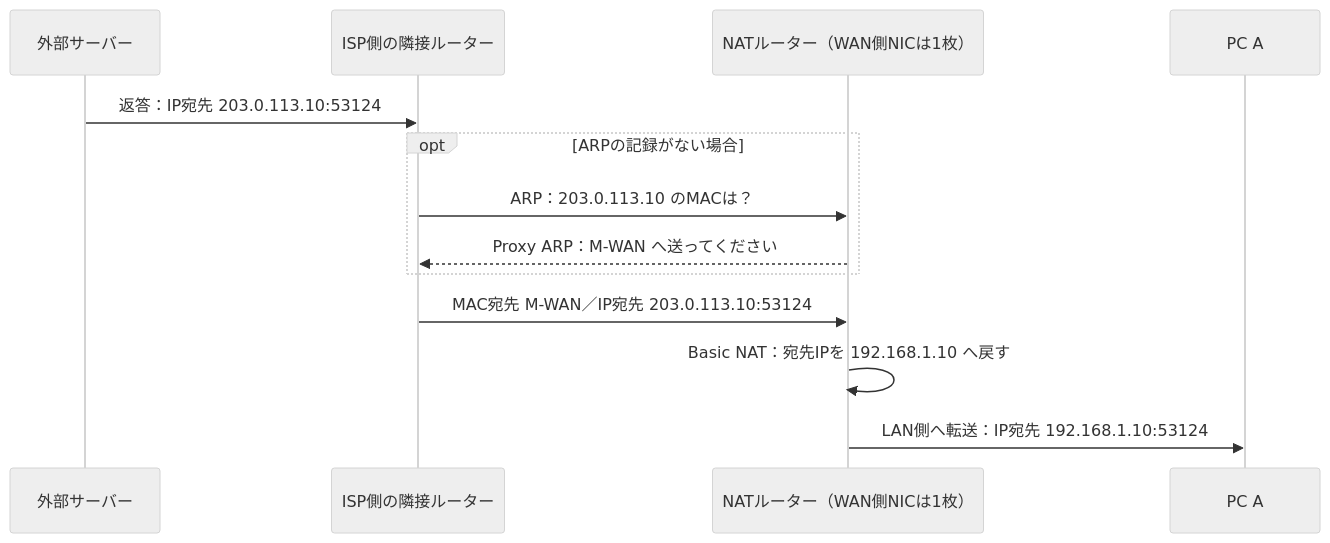
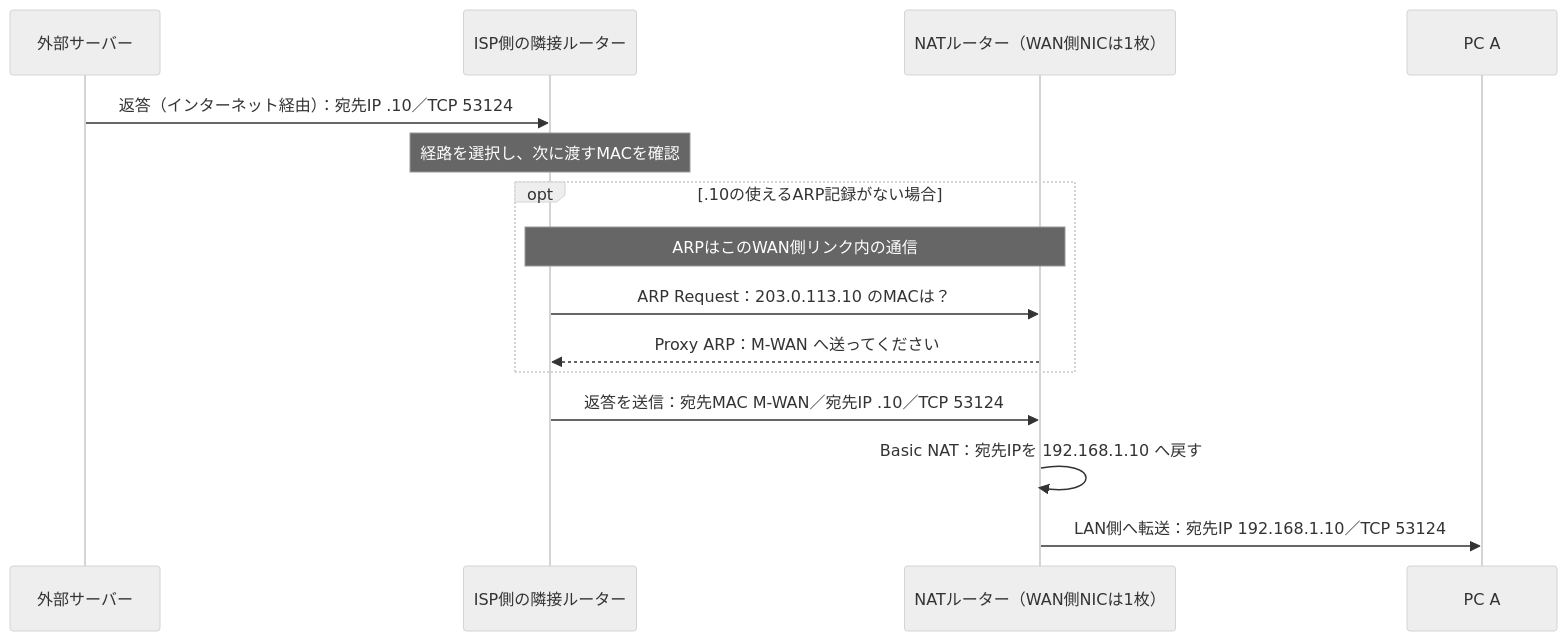
The third of 3 diagrams in engineering/question/basic_security_at_home_20261005_question15_16_nat_napt.md (mgmaru/reading-notes), drawn with Mermaid (neutral theme) before and after one commit. The commit also changed other lines of this file, not shown here.

````diff
--- a/engineering/question/basic_security_at_home_20261005_question15_16_nat_napt.md
+++ b/engineering/question/basic_security_at_home_20261005_question15_16_nat_napt.md
@@ -446,15 +446,17 @@
 ```mermaid
 sequenceDiagram
     participant S as 外部サーバー
     participant U as ISP側の隣接ルーター
     participant R as NATルーター（WAN側NICは1枚）
     participant A as PC A
-    S->>U: 返答：IP宛先 203.0.113.10:53124
-    opt ARPの記録がない場合
-        U->>R: ARP：203.0.113.10 のMACは？
+    S->>U: 返答（インターネット経由）：宛先IP .10／TCP 53124
+    Note over U: 経路を選択し、次に渡すMACを確認
+    opt .10の使えるARP記録がない場合
+        Note over U,R: ARPはこのWAN側リンク内の通信
+        U->>R: ARP Request：203.0.113.10 のMACは？
         R-->>U: Proxy ARP：M-WAN へ送ってください
     end
-    U->>R: MAC宛先 M-WAN／IP宛先 203.0.113.10:53124
+    U->>R: 返答を送信：宛先MAC M-WAN／宛先IP .10／TCP 53124
     R->>R: Basic NAT：宛先IPを 192.168.1.10 へ戻す
-    R->>A: LAN側へ転送：IP宛先 192.168.1.10:53124
+    R->>A: LAN側へ転送：宛先IP 192.168.1.10／TCP 53124
 ```
````
